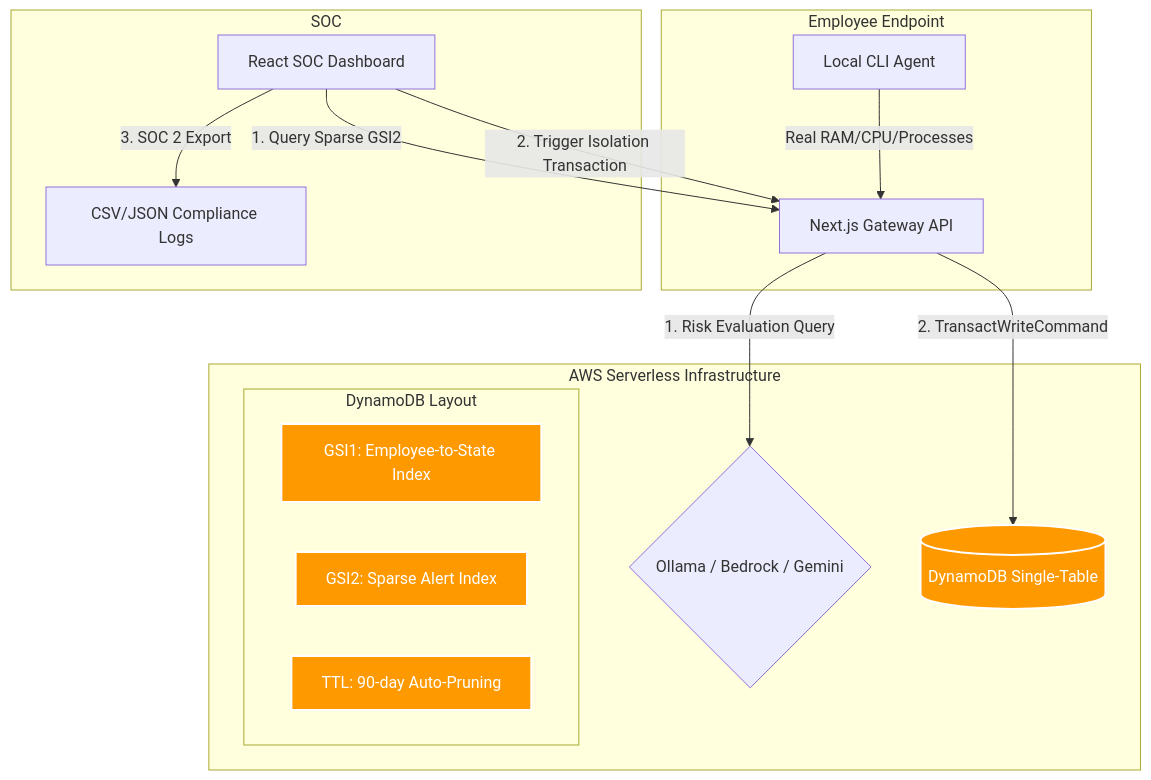
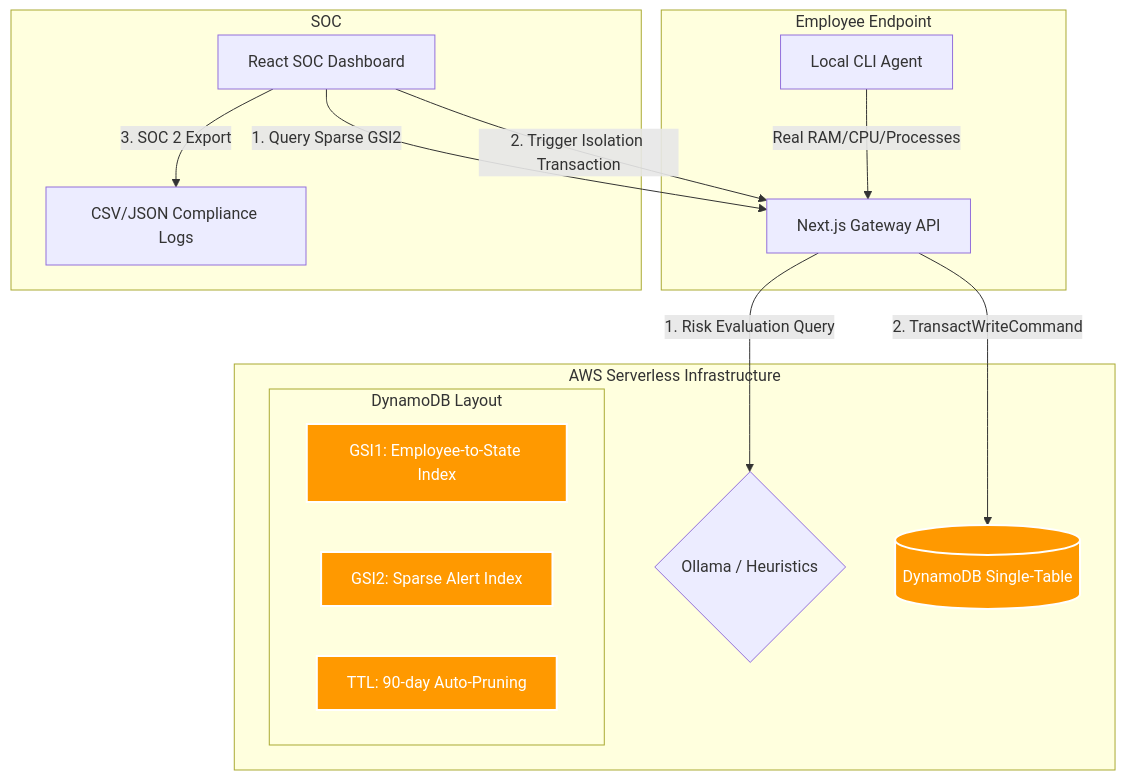
One commit to HamzaKhanBUIC/LifecycleZero-Database-Level-Local-AI-Governance-Threat-Isolation changed the diagram in README.md. Above: the diagram before and after it, drawn with Mermaid. The commit also changed other lines of this file and 10 other files, not shown here.

````diff
--- a/README.md
+++ b/README.md
@@ -24,26 +20,26 @@
 ```mermaid
 graph TD
     subgraph Local Laptop [Employee Endpoint]
         Agent[Local CLI Agent] -- Real RAM/CPU/Processes --> API[Next.js Gateway API]
     end
 
     subgraph AWS Serverless Infrastructure
-        API -- 1. Risk Evaluation Query --> LLM{Ollama / Bedrock / Gemini}
+        API -- 1. Risk Evaluation Query --> LLM{Ollama / Heuristics}
         API -- 2. TransactWriteCommand --> DynamoDB[(DynamoDB Single-Table)]
         
         subgraph DynamoDB Layout
             GSI1[GSI1: Employee-to-State Index]
             GSI2[GSI2: Sparse Alert Index]
             TTL[TTL: 90-day Auto-Pruning]
         end
     end
 
     subgraph Security Operations Center [SOC]
         Dashboard[React SOC Dashboard] -- 1. Query Sparse GSI2 --> API
         Dashboard -- 2. Trigger Isolation Transaction --> API
         Dashboard -- 3. SOC 2 Export --> CSV[CSV/JSON Compliance Logs]
     end
 
     classDef aws fill:#FF9900,stroke:#FFF,stroke-width:2px,color:#fff;
     class DynamoDB,GSI1,GSI2,TTL aws;
 ```
````
